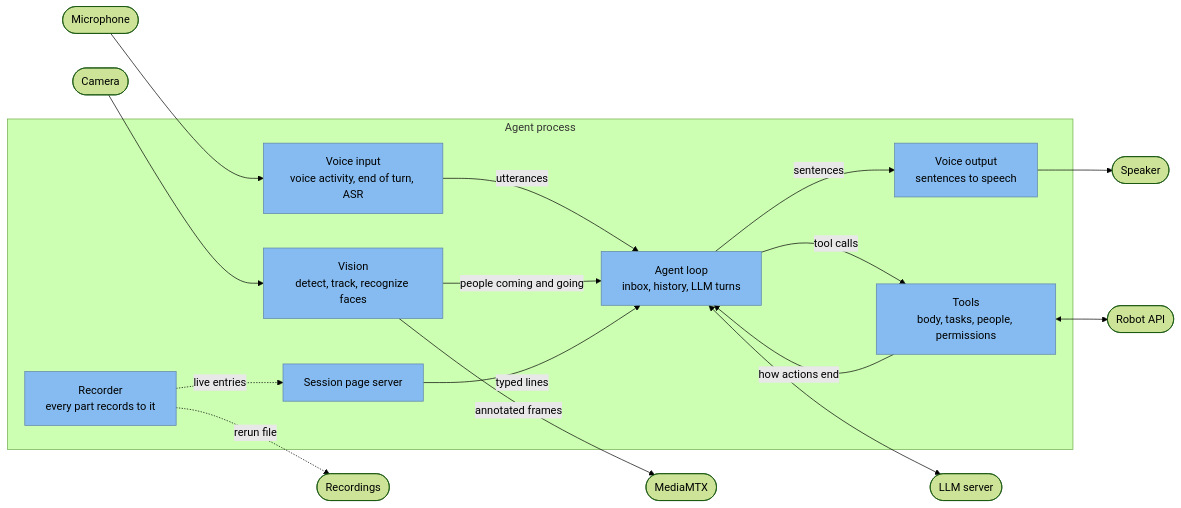
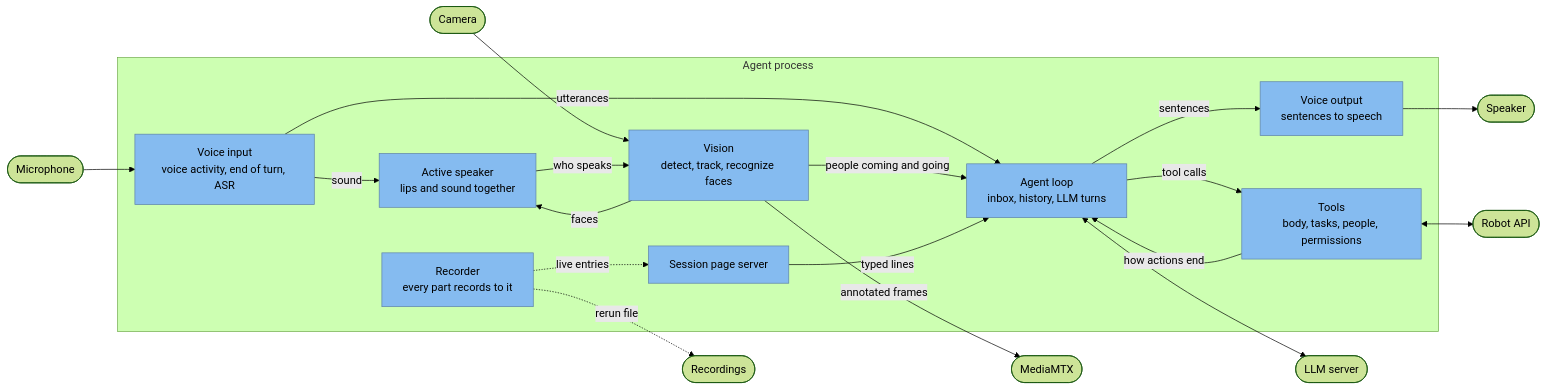
One commit to lokiledev/robot-voice-agent changed the third of 9 diagrams in docs/ARCHITECTURE.md. Above: the diagram before and after it, drawn with Mermaid (forest theme). The commit also changed other lines of this file and 36 other files, not shown here.

First line of the commit message:
Tell which face speaks from its lips and the sound, with Light-ASD

````diff
--- a/docs/ARCHITECTURE.md
+++ b/docs/ARCHITECTURE.md
@@ -90,29 +90,33 @@
 ```mermaid
 flowchart LR
     mic([Microphone]) --> vin
     cam([Camera]) --> vision
     subgraph process ["Agent process"]
         vin["Voice input<br/>voice activity, end of turn, ASR"]
         vision["Vision<br/>detect, track, recognize faces"]
+        asd["Active speaker<br/>lips and sound together"]
         ui["Session page server"]
         loop["Agent loop<br/>inbox, history, LLM turns"]
         tools["Tools<br/>body, tasks, people, permissions"]
         vout["Voice output<br/>sentences to speech"]
         rec["Recorder<br/>every part records to it"]
     end
     vin -- "utterances" --> loop
+    vin -- "sound" --> asd
+    vision -- "faces" --> asd
+    asd -- "who speaks" --> vision
     vision -- "people coming and going" --> loop
     ui -- "typed lines" --> loop
     loop -- "sentences" --> vout
     loop -- "tool calls" --> tools
     tools -- "how actions end" --> loop
     loop <--> llm([LLM server])
     tools <--> robot([Robot API])
     vout --> spk([Speaker])
     vision -- "annotated frames" --> mtx([MediaMTX])
     rec -. "live entries" .-> ui
     rec -. "rerun file" .-> disk([Recordings])
 
     classDef component fill:#85bbf0,stroke:#5d82a8,color:#000
-    class vin,vision,loop,tools,vout,ui,rec component
+    class vin,vision,asd,loop,tools,vout,ui,rec component
 ```
````
